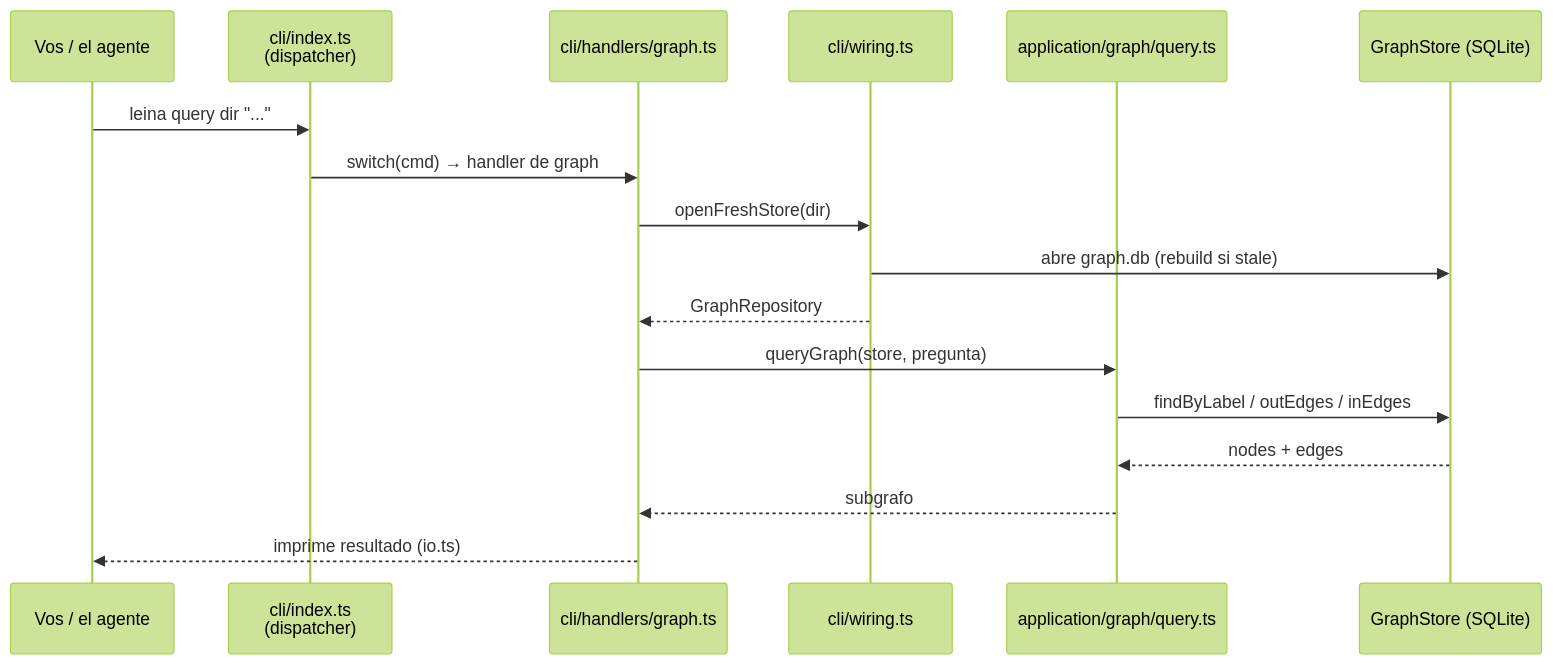
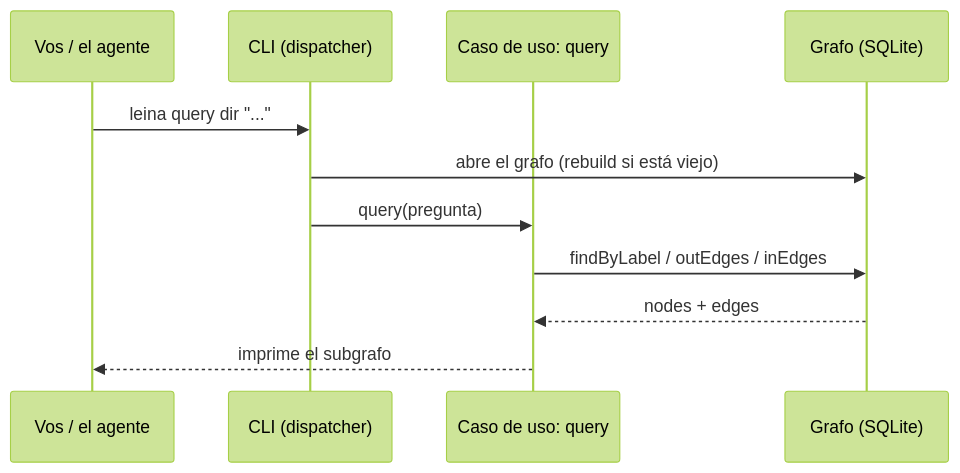
The third of 4 diagrams in docs/concepts/01-arquitectura.md (Kolimar/leina), drawn with Mermaid (forest theme) before and after one commit. The commit also changed other lines of this file and 22 other files, not shown here.

````diff
--- a/docs/concepts/01-arquitectura.md
+++ b/docs/concepts/01-arquitectura.md
@@ -97,20 +83,14 @@
 ```mermaid
 sequenceDiagram
     participant U as Vos / el agente
-    participant I as cli/index.ts<br/>(dispatcher)
-    participant H as cli/handlers/graph.ts
-    participant W as cli/wiring.ts
-    participant A as application/graph/query.ts
-    participant S as GraphStore (SQLite)
+    participant I as CLI (dispatcher)
+    participant A as Caso de uso: query
+    participant S as Grafo (SQLite)
 
     U->>I: leina query dir "..."
-    I->>H: switch(cmd) → handler de graph
-    H->>W: openFreshStore(dir)
-    W->>S: abre graph.db (rebuild si stale)
-    W-->>H: GraphRepository
-    H->>A: queryGraph(store, pregunta)
+    I->>S: abre el grafo (rebuild si está viejo)
+    I->>A: query(pregunta)
     A->>S: findByLabel / outEdges / inEdges
     S-->>A: nodes + edges
-    A-->>H: subgrafo
-    H-->>U: imprime resultado (io.ts)
+    A-->>U: imprime el subgrafo
 ```
````
